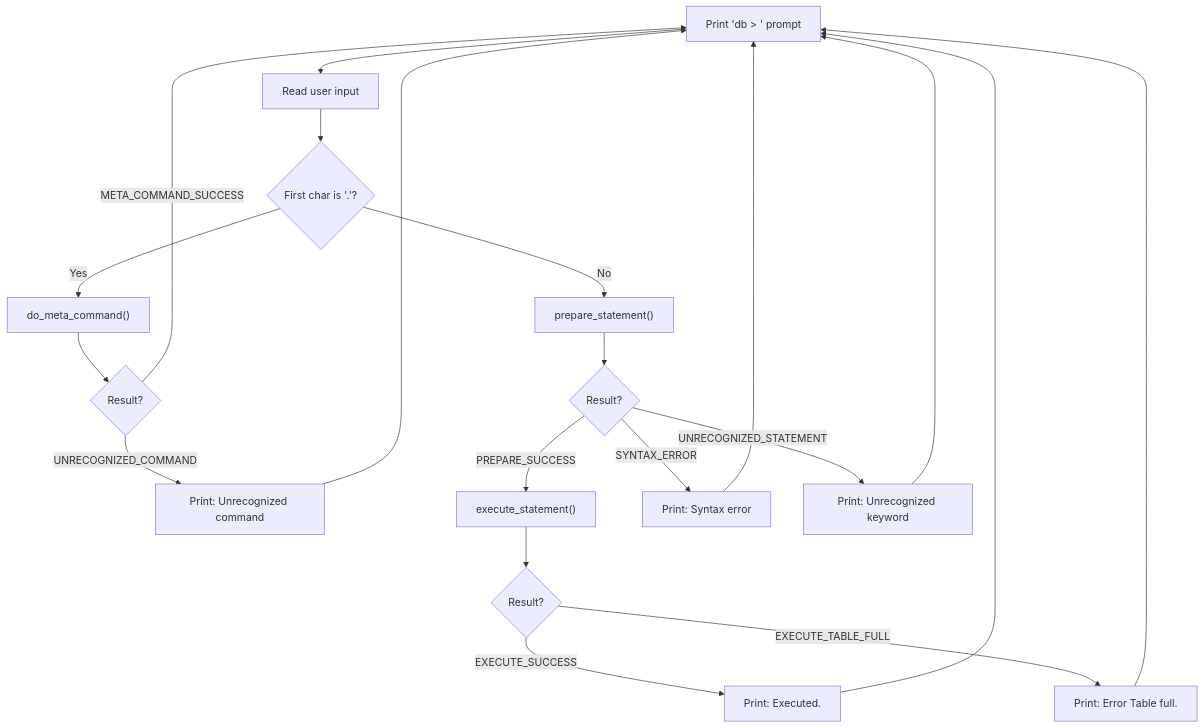
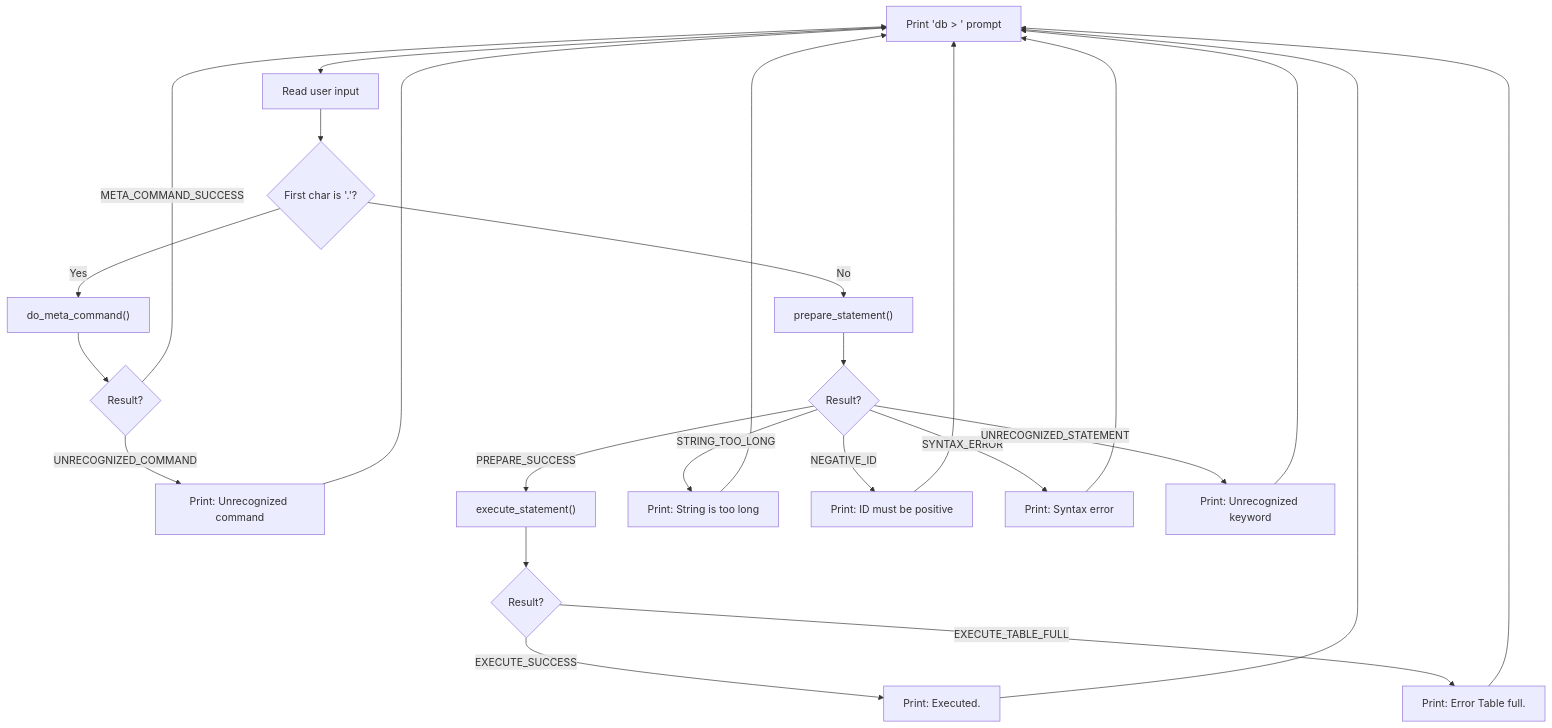
The diagram in blog/part2-parsing-commands.md (SuhelMehta9/custom-database), drawn with Mermaid before and after one commit. The commit also changed other lines of this file and 3 other files, not shown here.

````diff
--- a/blog/part2-parsing-commands.md
+++ b/blog/part2-parsing-commands.md
@@ -736,25 +768,29 @@
 ```mermaid
 flowchart TD
     A["Print 'db > ' prompt"] --> B["Read user input"]
     B --> C{"First char is '.'?"}
     
     C -->|Yes| D["do_meta_command()"]
     D --> E{"Result?"}
     E -->|META_COMMAND_SUCCESS| A
     E -->|UNRECOGNIZED_COMMAND| F["Print: Unrecognized command"]
     F --> A
     
     C -->|No| G["prepare_statement()"]
     G --> H{"Result?"}
     H -->|PREPARE_SUCCESS| I["execute_statement()"]
+    H -->|STRING_TOO_LONG| J1["Print: String is too long"]
+    J1 --> A
+    H -->|NEGATIVE_ID| J2["Print: ID must be positive"]
+    J2 --> A
     H -->|SYNTAX_ERROR| J["Print: Syntax error"]
     J --> A
     H -->|UNRECOGNIZED_STATEMENT| K["Print: Unrecognized keyword"]
     K --> A
     
     I --> L{"Result?"}
     L -->|EXECUTE_SUCCESS| M["Print: Executed."]
     M --> A
     L -->|EXECUTE_TABLE_FULL| N["Print: Error Table full."]
     N --> A
 ```
````
